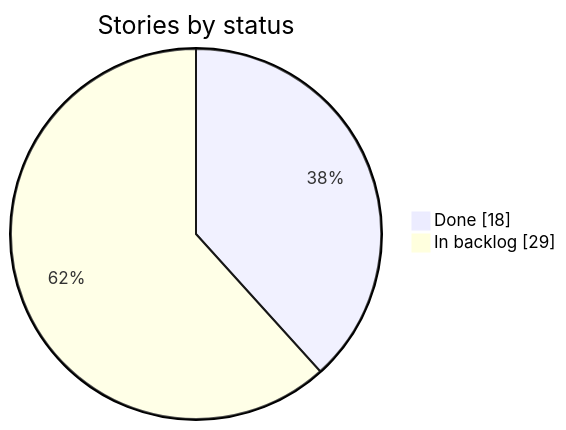
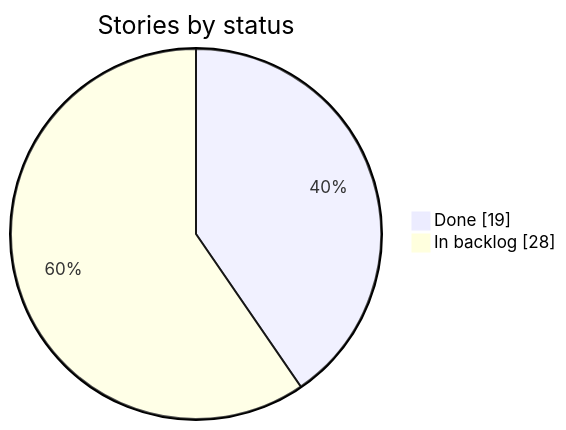
One commit to carloshumbertoreyesortiz/agentic-sdlc-pilot changed the second of 2 diagrams in DASHBOARD.md. Above: the diagram before and after it, drawn with Mermaid. The commit also changed other lines of this file, not shown here.

````diff
--- a/DASHBOARD.md
+++ b/DASHBOARD.md
@@ -45,6 +45,6 @@
 ```mermaid
 pie showData
     title Stories by status
-    "Done" : 18
-    "In backlog" : 29
+    "Done" : 19
+    "In backlog" : 28
 ```
````
